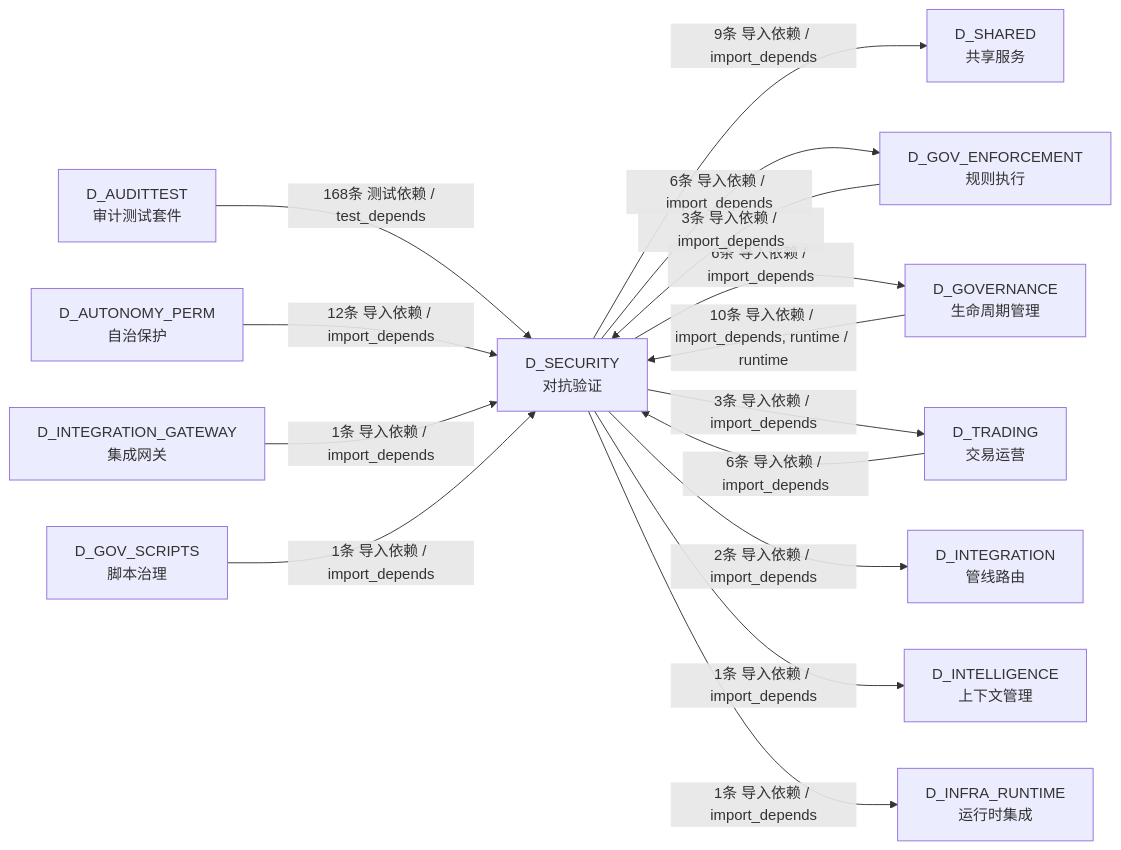
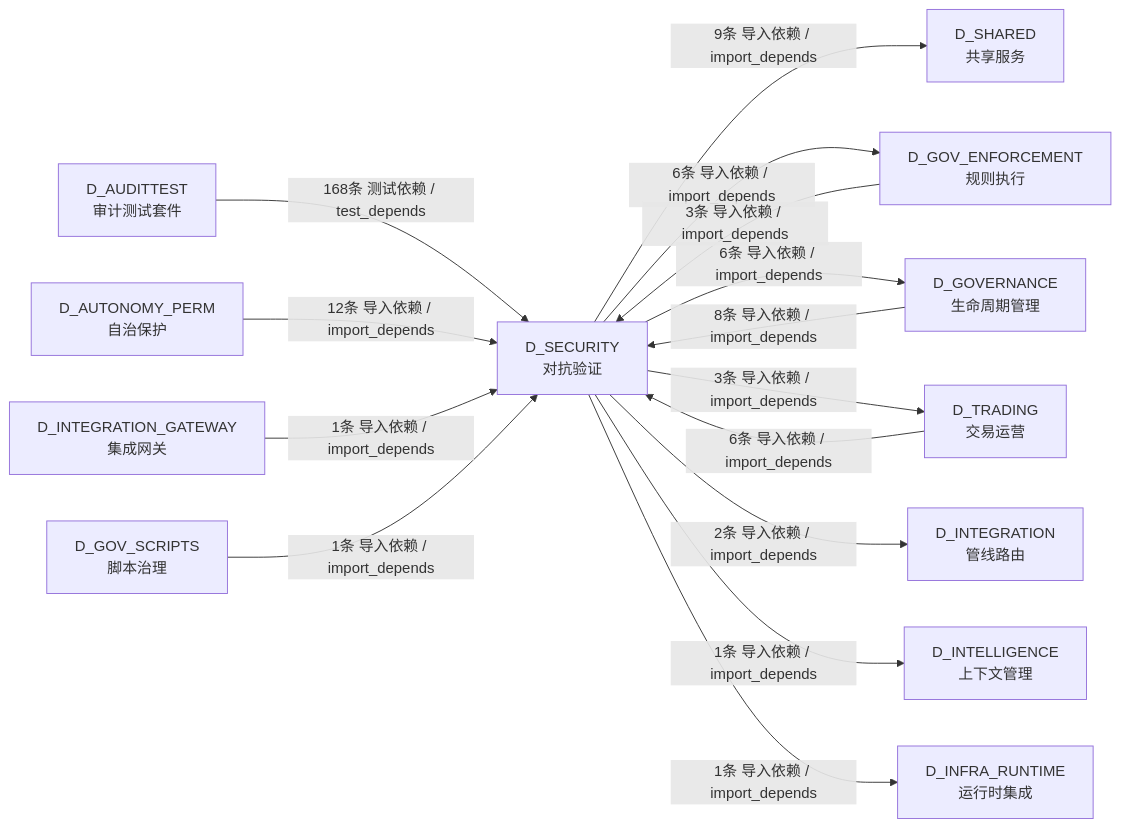
The eighth of 8 diagrams in docs/02_enterprise_architecture/02_domain_architecture_docs/17_d_security.md (xuanFelixVan/ZephyrAlpha), drawn with Mermaid before and after one commit. The commit also changed other lines of this file and 100 other files, not shown here.

````diff
--- a/docs/02_enterprise_architecture/02_domain_architecture_docs/17_d_security.md
+++ b/docs/02_enterprise_architecture/02_domain_architecture_docs/17_d_security.md
@@ -1201,29 +1199,29 @@
 ```mermaid
 graph LR
     D_SECURITY["D_SECURITY<br/>对抗验证"]
     D_SHARED["D_SHARED<br/>共享服务"]
     D_GOV_ENFORCEMENT["D_GOV_ENFORCEMENT<br/>规则执行"]
     D_GOVERNANCE["D_GOVERNANCE<br/>生命周期管理"]
     D_TRADING["D_TRADING<br/>交易运营"]
     D_INTEGRATION["D_INTEGRATION<br/>管线路由"]
     D_INTELLIGENCE["D_INTELLIGENCE<br/>上下文管理"]
     D_INFRA_RUNTIME["D_INFRA_RUNTIME<br/>运行时集成"]
     D_AUDITTEST["D_AUDITTEST<br/>审计测试套件"]
     D_AUTONOMY_PERM["D_AUTONOMY_PERM<br/>自治保护"]
     D_INTEGRATION_GATEWAY["D_INTEGRATION_GATEWAY<br/>集成网关"]
     D_GOV_SCRIPTS["D_GOV_SCRIPTS<br/>脚本治理"]
     D_SECURITY -->|9条 导入依赖 / import_depends| D_SHARED
     D_SECURITY -->|6条 导入依赖 / import_depends| D_GOV_ENFORCEMENT
     D_SECURITY -->|6条 导入依赖 / import_depends| D_GOVERNANCE
     D_SECURITY -->|3条 导入依赖 / import_depends| D_TRADING
     D_SECURITY -->|2条 导入依赖 / import_depends| D_INTEGRATION
     D_SECURITY -->|1条 导入依赖 / import_depends| D_INTELLIGENCE
     D_SECURITY -->|1条 导入依赖 / import_depends| D_INFRA_RUNTIME
     D_AUDITTEST -->|168条 测试依赖 / test_depends| D_SECURITY
     D_AUTONOMY_PERM -->|12条 导入依赖 / import_depends| D_SECURITY
-    D_GOVERNANCE -->|10条 导入依赖 / import_depends, runtime / runtime| D_SECURITY
+    D_GOVERNANCE -->|8条 导入依赖 / import_depends| D_SECURITY
     D_TRADING -->|6条 导入依赖 / import_depends| D_SECURITY
     D_GOV_ENFORCEMENT -->|3条 导入依赖 / import_depends| D_SECURITY
     D_INTEGRATION_GATEWAY -->|1条 导入依赖 / import_depends| D_SECURITY
     D_GOV_SCRIPTS -->|1条 导入依赖 / import_depends| D_SECURITY
 ```
````
